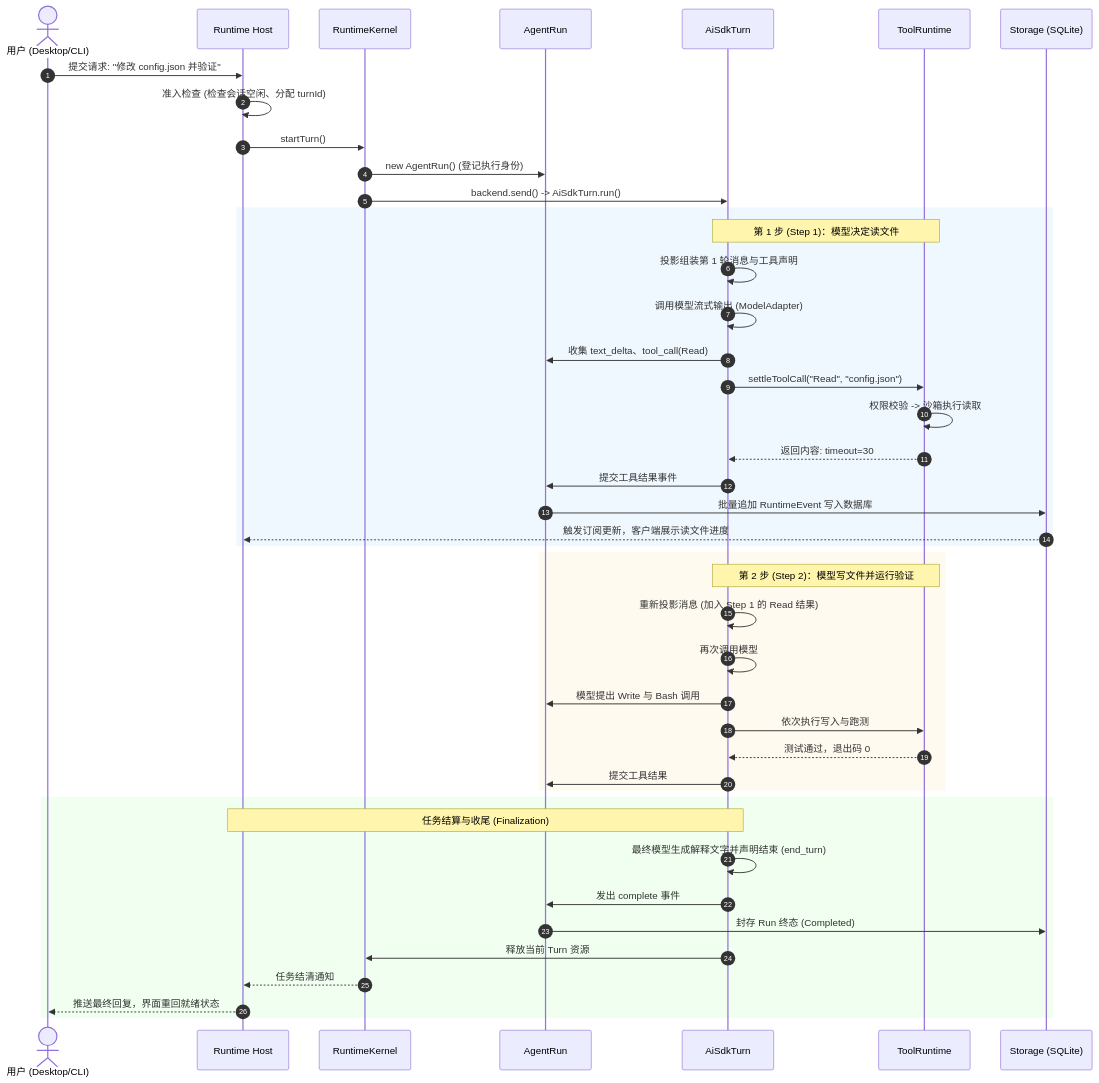
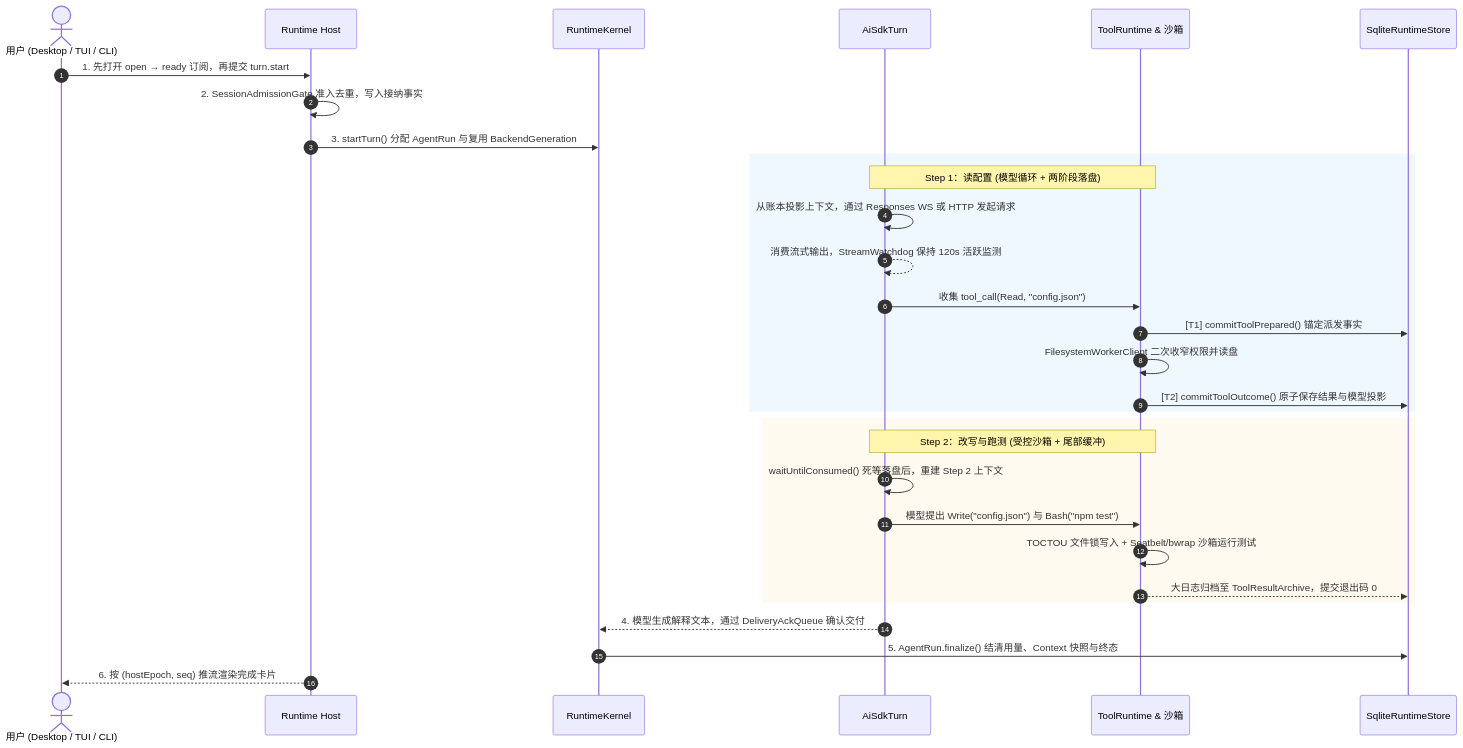
Before and after one commit to suger-m/agent-infrastructure-docs: the second of 3 diagrams in maka-agent-infra/README.md, drawn with Mermaid. The commit also changed other lines of this file and 31 other files, not shown here.

````diff
--- a/maka-agent-infra/README.md
+++ b/maka-agent-infra/README.md
@@ -99,50 +100,36 @@
 ```mermaid
 sequenceDiagram
     autonumber
-    actor User as 用户 (Desktop/CLI)
+    actor User as 用户 (Desktop / TUI / CLI)
     participant Host as Runtime Host
     participant Kernel as RuntimeKernel
-    participant Run as AgentRun
     participant Turn as AiSdkTurn
-    participant Tools as ToolRuntime
-    participant Store as Storage (SQLite)
+    participant Tools as ToolRuntime & 沙箱
+    participant Store as SqliteRuntimeStore
 
-    User->>Host: 提交请求: "修改 config.json 并验证"
-    Host->>Host: 准入检查 (检查会话空闲、分配 turnId)
-    Host->>Kernel: startTurn()
-    Kernel->>Run: new AgentRun() (登记执行身份)
-    Kernel->>Turn: backend.send() -> AiSdkTurn.run()
-    
+    User->>Host: 1. 先打开 open → ready 订阅，再提交 turn.start
+    Host->>Host: 2. SessionAdmissionGate 准入去重，写入接纳事实
+    Host->>Kernel: 3. startTurn() 分配 AgentRun 与复用 BackendGeneration
+
     rect rgb(240, 248, 255)
-    Note over Turn,Tools: 第 1 步 (Step 1)：模型决定读文件
-    Turn->>Turn: 投影组装第 1 轮消息与工具声明
-    Turn->>Turn: 调用模型流式输出 (ModelAdapter)
-    Turn->>Run: 收集 text_delta、tool_call(Read)
-    Turn->>Tools: settleToolCall("Read", "config.json")
-    Tools->>Tools: 权限校验 -> 沙箱执行读取
-    Tools-->>Turn: 返回内容: timeout=30
-    Turn->>Run: 提交工具结果事件
-    Run->>Store: 批量追加 RuntimeEvent 写入数据库
-    Store-->>Host: 触发订阅更新，客户端展示读文件进度
+    Note over Turn,Tools: Step 1：读配置 (模型循环 + 两阶段落盘)
+    Turn->>Turn: 从账本投影上下文，通过 Responses WS 或 HTTP 发起请求
+    Turn-->>Turn: 消费流式输出，StreamWatchdog 保持 120s 活跃监测
+    Turn->>Tools: 收集 tool_call(Read, "config.json")
+    Tools->>Store: [T1] commitToolPrepared() 锚定派发事实
+    Tools->>Tools: FilesystemWorkerClient 二次收窄权限并读盘
+    Tools->>Store: [T2] commitToolOutcome() 原子保存结果与模型投影
     end
 
     rect rgb(255, 250, 240)
-    Note over Turn,Tools: 第 2 步 (Step 2)：模型写文件并运行验证
-    Turn->>Turn: 重新投影消息 (加入 Step 1 的 Read 结果)
-    Turn->>Turn: 再次调用模型
-    Turn->>Run: 模型提出 Write 与 Bash 调用
-    Turn->>Tools: 依次执行写入与跑测
-    Tools-->>Turn: 测试通过，退出码 0
-    Turn->>Run: 提交工具结果
+    Note over Turn,Tools: Step 2：改写与跑测 (受控沙箱 + 尾部缓冲)
+    Turn->>Turn: waitUntilConsumed() 死等落盘后，重建 Step 2 上下文
+    Turn->>Tools: 模型提出 Write("config.json") 与 Bash("npm test")
+    Tools->>Tools: TOCTOU 文件锁写入 + Seatbelt/bwrap 沙箱运行测试
+    Tools-->>Store: 大日志归档至 ToolResultArchive，提交退出码 0
     end
 
-    rect rgb(240, 255, 240)
-    Note over Turn,Host: 任务结算与收尾 (Finalization)
-    Turn->>Turn: 最终模型生成解释文字并声明结束 (end_turn)
-    Turn->>Run: 发出 complete 事件
-    Run->>Store: 封存 Run 终态 (Completed)
-    Turn->>Kernel: 释放当前 Turn 资源
-    Kernel-->>Host: 任务结清通知
-    Host-->>User: 推送最终回复，界面重回就绪状态
-    end
+    Turn-->>Kernel: 4. 模型生成解释文本，通过 DeliveryAckQueue 确认交付
+    Kernel->>Store: 5. AgentRun.finalize() 结清用量、Context 快照与终态
+    Host-->>User: 6. 按 (hostEpoch, seq) 推流渲染完成卡片
 ```
````
